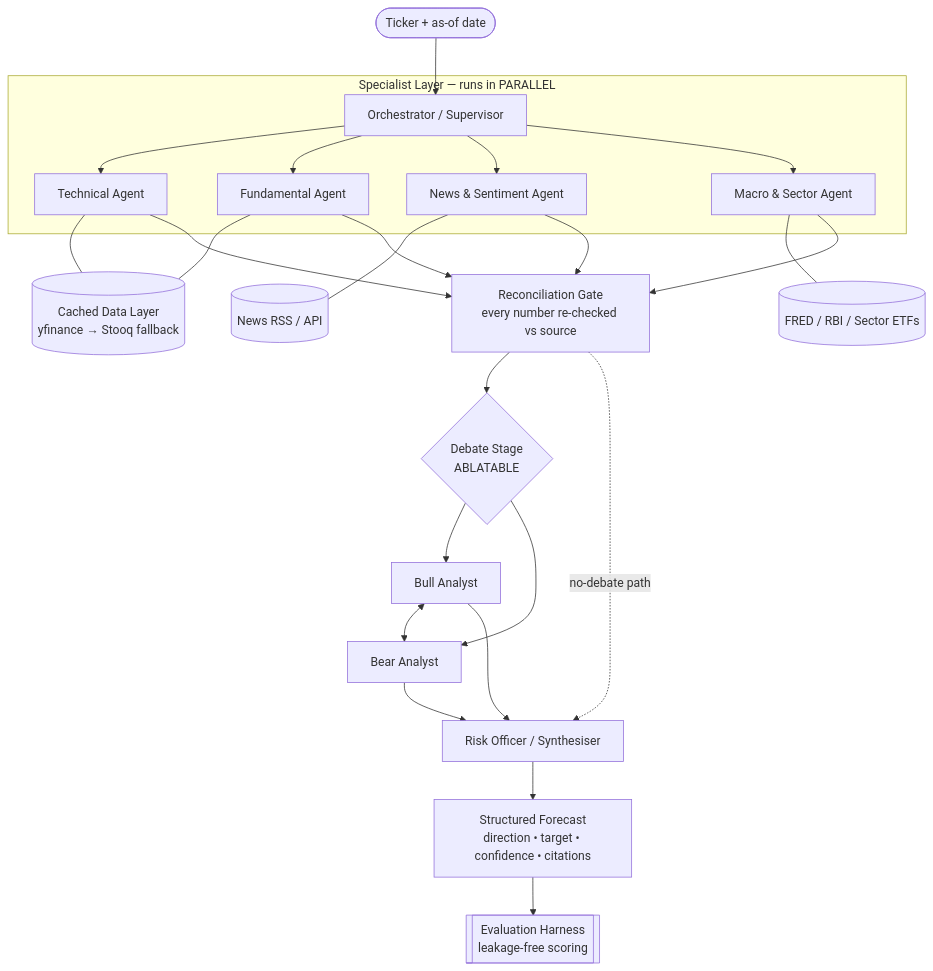
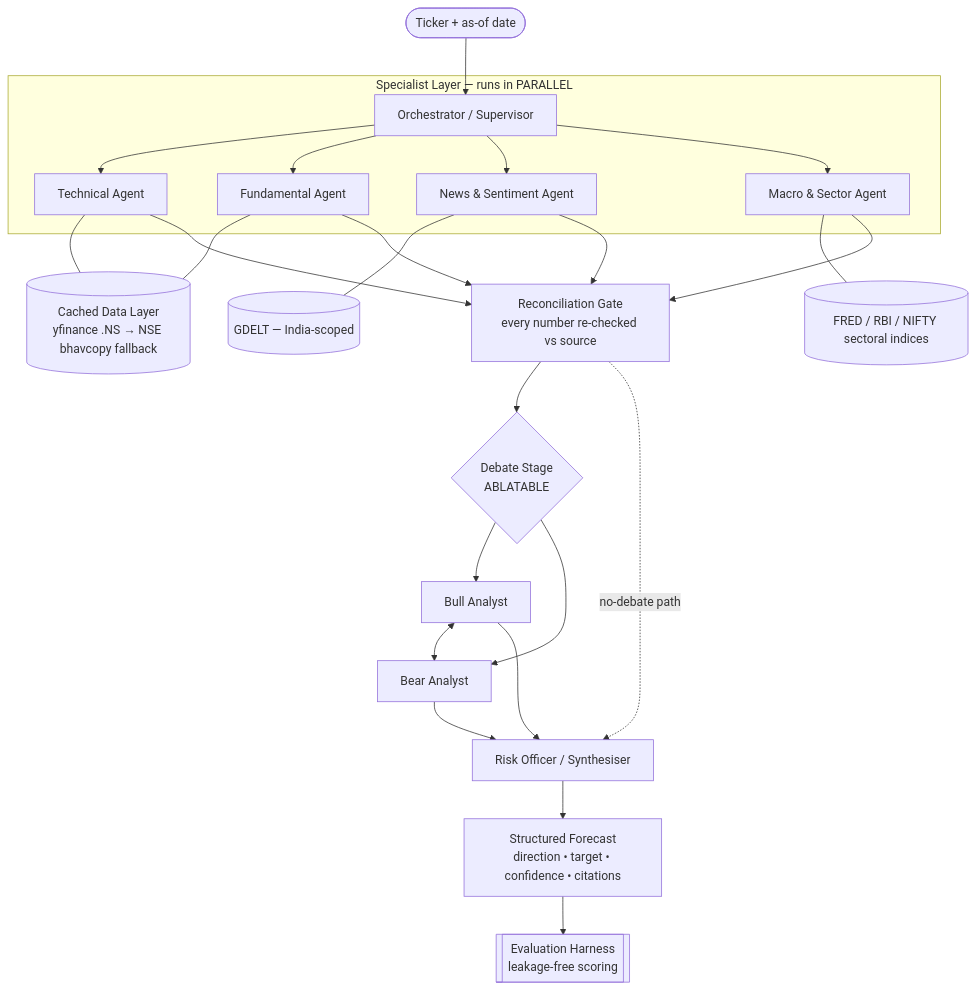
One commit to shobhitranjan2005/multi-agent-financial-forecasting changed the diagram in docs/PROJECT_IDEA_AND_ROADMAP.md. Above: the diagram before and after it, drawn with Mermaid. The commit also changed other lines of this file and 75 other files, not shown here.

````diff
--- a/docs/PROJECT_IDEA_AND_ROADMAP.md
+++ b/docs/PROJECT_IDEA_AND_ROADMAP.md
@@ -63,33 +63,33 @@
 ```mermaid
 flowchart TD
     User([Ticker + as-of date]) --> Orch[Orchestrator / Supervisor]
 
     subgraph Specialists["Specialist Layer — runs in PARALLEL"]
         Orch --> TA[Technical Agent]
         Orch --> FA[Fundamental Agent]
         Orch --> SA[News & Sentiment Agent]
         Orch --> MA[Macro & Sector Agent]
     end
 
-    TA --- C[(Cached Data Layer<br/>yfinance → Stooq fallback)]
+    TA --- C[(Cached Data Layer<br/>yfinance .NS → NSE bhavcopy fallback)]
     FA --- C
-    SA --- N[(News RSS / API)]
-    MA --- M[(FRED / RBI / Sector ETFs)]
+    SA --- N[(GDELT — India-scoped)]
+    MA --- M[(FRED / RBI / NIFTY sectoral indices)]
 
     TA --> Rec[Reconciliation Gate<br/>every number re-checked vs source]
     FA --> Rec
     SA --> Rec
     MA --> Rec
 
     Rec --> Debate{Debate Stage<br/>ABLATABLE}
     Debate --> Bull[Bull Analyst]
     Debate --> Bear[Bear Analyst]
     Bull <--> Bear
 
     Bull --> Risk[Risk Officer / Synthesiser]
     Bear --> Risk
     Rec -.no-debate path.-> Risk
 
     Risk --> Out[Structured Forecast<br/>direction • target • confidence • citations]
     Out --> Eval[[Evaluation Harness<br/>leakage-free scoring]]
 ```
````
